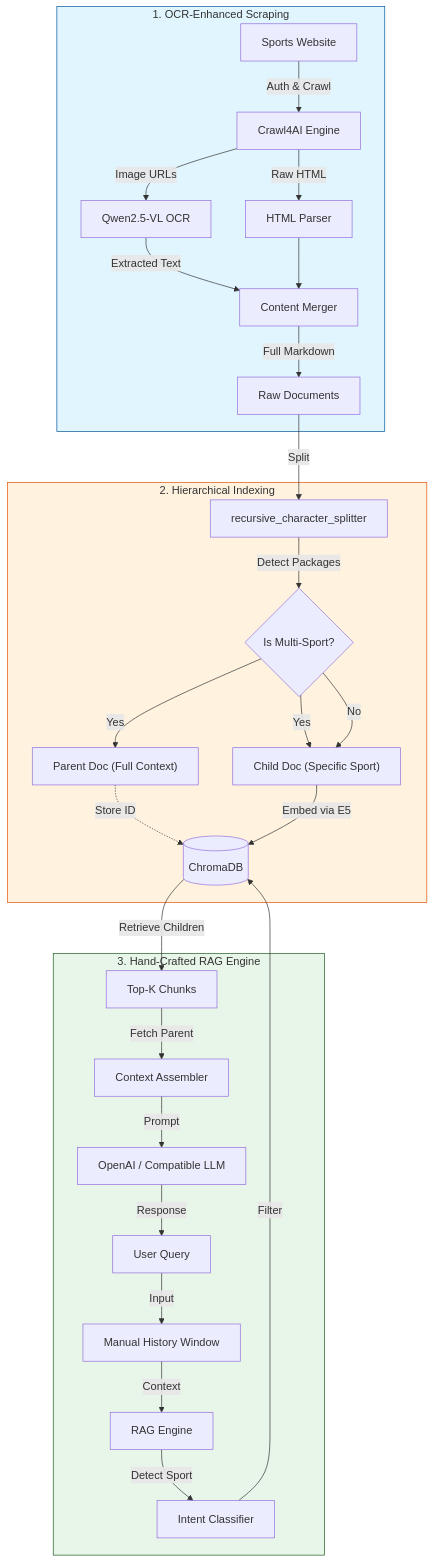
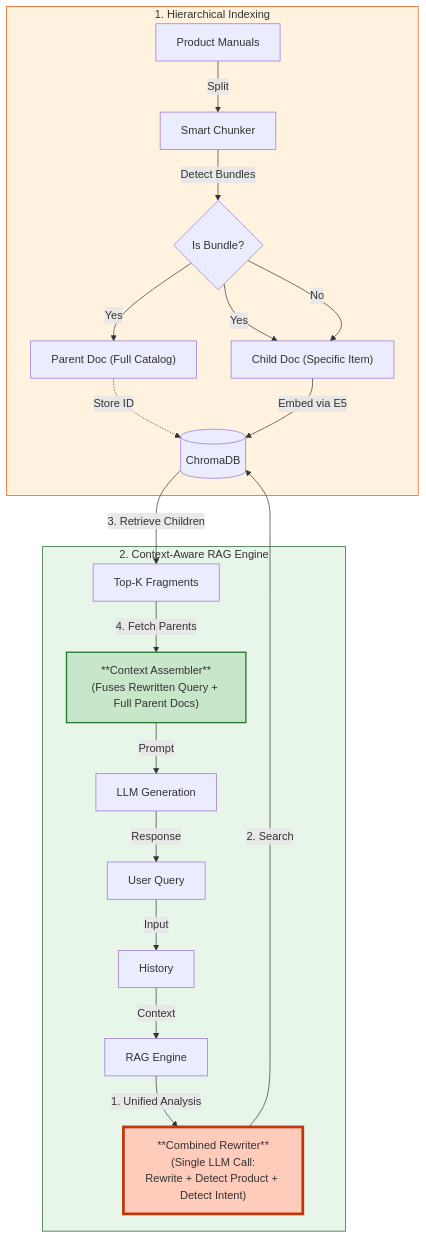
The diagram in README.md (MossMojito/more_RAG_strategies), drawn with Mermaid before and after one commit.

````diff
--- a/README.md
+++ b/README.md
@@ -23,41 +23,35 @@
 ```mermaid
 flowchart TD
-    subgraph Scraper ["1. OCR-Enhanced Scraping"]
-        Web[Sports Website] -->|Auth & Crawl| Crawler[Crawl4AI Engine]
-        Crawler -->|Raw HTML| HTML_Parse[HTML Parser]
-        Crawler -->|Image URLs| OCR[Qwen2.5-VL OCR]
-        OCR -->|Extracted Text| Merger[Content Merger]
-        HTML_Parse --> Merger
-        Merger -->|Full Markdown| RawMD[Raw Documents]
-    end
-
-    subgraph Ingestion ["2. Hierarchical Indexing"]
-        RawMD -->|Split| Chunker[recursive_character_splitter]
-        Chunker -->|Detect Packages| Logic{Is Multi-Sport?}
+    subgraph Ingestion ["1. Hierarchical Indexing"]
+        RawMD[Product Manuals] -->|Split| Chunker[Smart Chunker]
+        Chunker -->|Detect Bundles| Logic{Is Bundle?}
         
-        Logic -- Yes --> Parent["Parent Doc (Full Context)"]
-        Logic -- Yes --> Child["Child Doc (Specific Sport)"]
+        Logic -- Yes --> Parent["Parent Doc (Full Catalog)"]
+        Logic -- Yes --> Child["Child Doc (Specific Item)"]
         Logic -- No --> Child
         
         Parent -.->|Store ID| VectorDB[(ChromaDB)]
         Child -->|Embed via E5| VectorDB
     end
 
-    subgraph Chatbot ["3. Hand-Crafted RAG Engine"]
-        User[User Query] -->|Input| Memory[Manual History Window]
+    subgraph Chatbot ["2. Context-Aware RAG Engine"]
+        User[User Query] -->|Input| Memory[History]
         Memory -->|Context| Engine[RAG Engine]
         
-        Engine -->|Detect Sport| Intent[Intent Classifier]
-        Intent -->|Filter| VectorDB
+        %% This is the core "Unified Analysis" step
+        Engine -->|1. Unified Analysis| Rewriter["**Combined Rewriter**<br>(Single LLM Call:<br>Rewrite + Detect Product + Detect Intent)"]
         
-        VectorDB -->|Retrieve Children| Hits[Top-K Chunks]
-        Hits -->|Fetch Parent| Context_Build[Context Assembler]
+        Rewriter -->|2. Search| VectorDB
         
-        Context_Build -->|Prompt| LLM[OpenAI / Compatible LLM]
+        VectorDB -->|3. Retrieve Children| Hits[Top-K Fragments]
+        Hits -->|4. Fetch Parents| Assembler["**Context Assembler**<br>(Fuses Rewritten Query + Full Parent Docs)"]
+        
+        Assembler -->|Prompt| LLM[LLM Generation]
         LLM -->|Response| User
     end
 
-    style Scraper fill:#e1f5fe,stroke:#01579b
     style Ingestion fill:#fff3e0,stroke:#e65100
     style Chatbot fill:#e8f5e9,stroke:#1b5e20
+    style Rewriter fill:#ffccbc,stroke:#bf360c,stroke-width:4px
+    style Assembler fill:#c8e6c9,stroke:#2e7d32,stroke-width:2px
 ```
````
